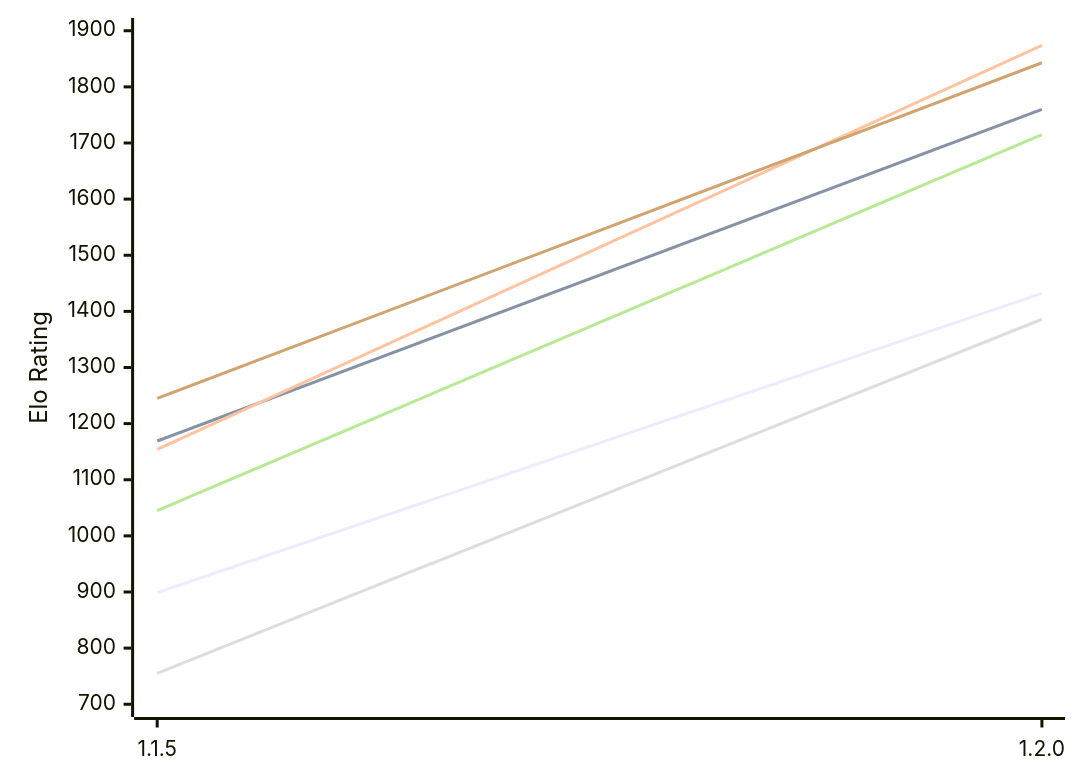
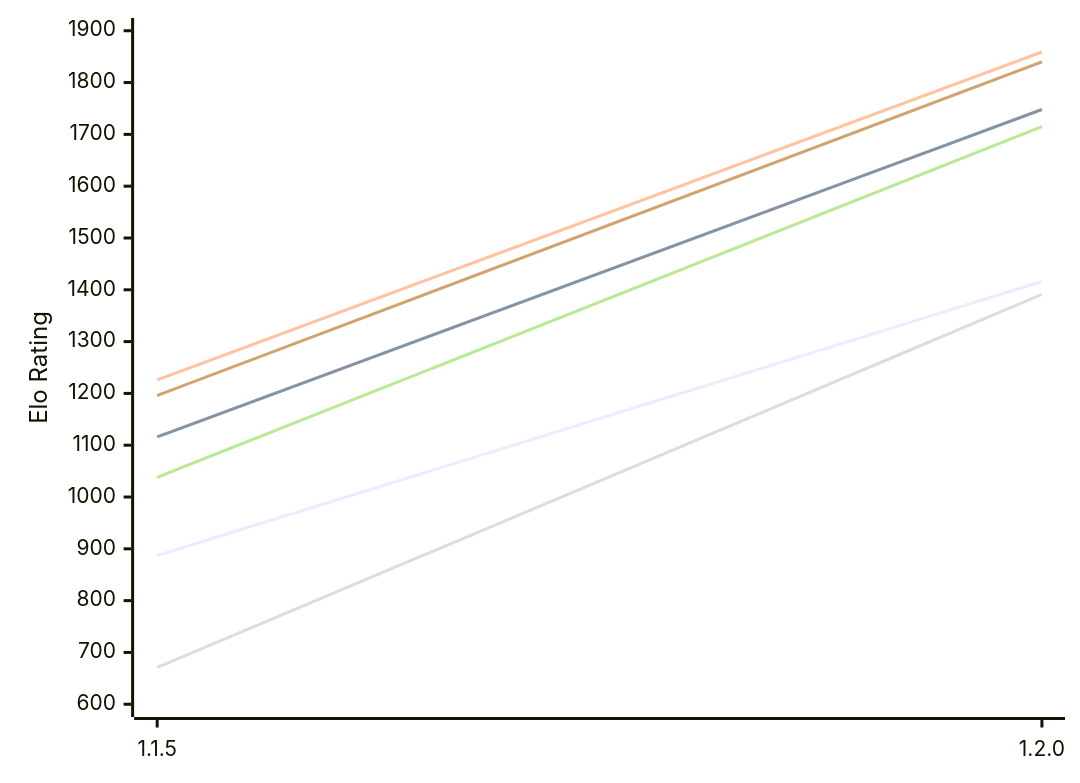
The first of 2 diagrams in engines/ChessCore.md (computer-chess-index/cci), drawn with Mermaid before and after one commit. The commit also changed other lines of this file, not shown here.

Commit message:
Update CCI Ratings (ELO VLTC) - 2026-11-15

````diff
--- a/engines/ChessCore.md
+++ b/engines/ChessCore.md
@@ -53,12 +53,12 @@
 ```mermaid
 %%{init: {"theme":"base","themeVariables":{"seriesColors:['#a3a3a3','#222221','#faa371']}}}%%
 xychart-beta
   x-axis ["1.1.5", "1.2.0"]
-  y-axis "Elo Rating" 700 --> 1900
-  line "E1: STC (8.0+0.08s)" [899, 1432]
-  line "E1: LTC (60.0+0.60s)" [1169, 1760]
-  line "E1: VLTC (2m24s+1.12s)" [1154, 1874]
-  line "P1: STC (8.0+0.08s)" [755, 1386]
-  line "P1: LTC (60.0+0.60s)" [1045, 1715]
-  line "P1: VLTC (2m24s+1.12s)" [1245, 1843]
+  y-axis "Elo Rating" 600 --> 1900
+  line "E1: STC (8.0+0.08s)" [887, 1416]
+  line "E1: LTC (60.0+0.60s)" [1116, 1748]
+  line "E1: VLTC (2m24s+1.12s)" [1226, 1859]
+  line "P1: STC (8.0+0.08s)" [671, 1391]
+  line "P1: LTC (60.0+0.60s)" [1038, 1715]
+  line "P1: VLTC (2m24s+1.12s)" [1196, 1840]
 ```
````
